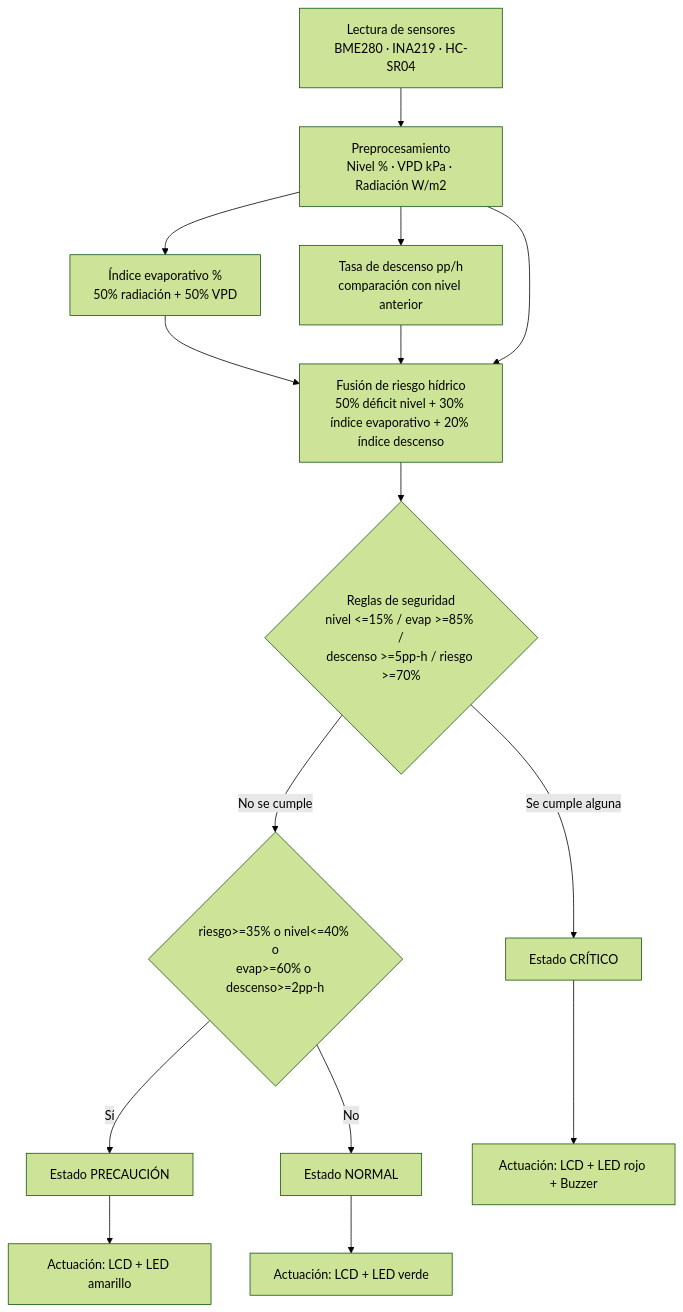
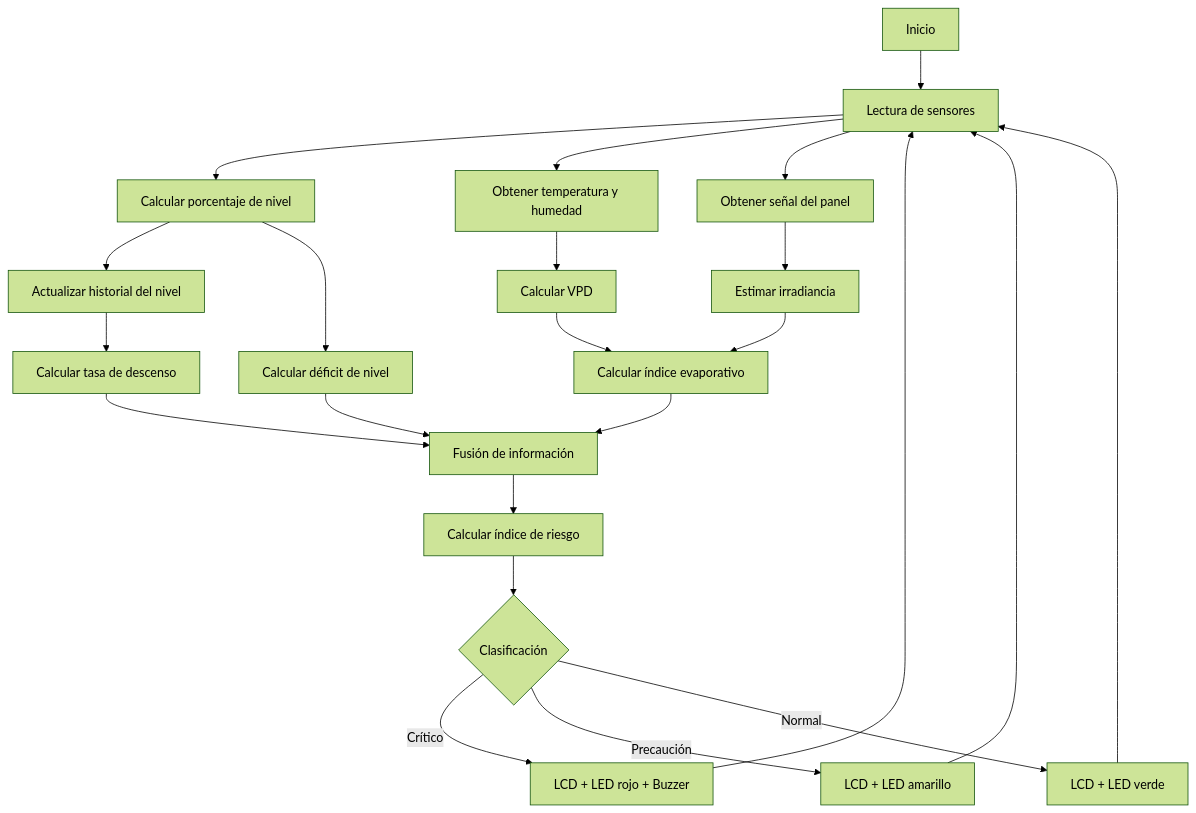
Before and after one commit to jorgis857/sistema-alerta-temprana-riesgo-hidrico: the second of 2 diagrams in wiki/02-Solucion-Propuesta.md, drawn with Mermaid (forest theme). The commit also changed other lines of this file and 10 other files, not shown here.

````diff
--- a/wiki/02-Solucion-Propuesta.md
+++ b/wiki/02-Solucion-Propuesta.md
@@ -67,17 +103,36 @@
 ```mermaid
 flowchart TD
-    A[Lectura de sensores\nBME280 · INA219 · HC-SR04] --> B[Preprocesamiento\nNivel % · VPD kPa · Radiación W/m2]
-    B --> C[Índice evaporativo %\n50% radiación + 50% VPD]
-    B --> D[Tasa de descenso pp/h\ncomparación con nivel anterior]
-    C --> E[Fusión de riesgo hídrico\n50% déficit nivel + 30% índice evaporativo + 20% índice descenso]
-    D --> E
-    B --> E
-    E --> F{Reglas de seguridad\nnivel <=15% / evap >=85% /\ndescenso >=5pp-h / riesgo >=70%}
-    F -->|Se cumple alguna| G[Estado CRÍTICO]
-    F -->|No se cumple| H{riesgo>=35% o nivel<=40% o\nevap>=60% o descenso>=2pp-h}
-    H -->|Sí| I[Estado PRECAUCIÓN]
-    H -->|No| J[Estado NORMAL]
-    G --> K[Actuación: LCD + LED rojo + Buzzer]
-    I --> L[Actuación: LCD + LED amarillo]
-    J --> M[Actuación: LCD + LED verde]
+
+    A[Inicio] --> B[Lectura de sensores]
+
+    B --> C[Calcular porcentaje de nivel]
+    B --> D[Obtener temperatura y humedad]
+    B --> E[Obtener señal del panel]
+
+    D --> F[Calcular VPD]
+    E --> G[Estimar irradiancia]
+
+    F --> H[Calcular índice evaporativo]
+    G --> H
+
+    C --> I[Actualizar historial del nivel]
+    I --> J[Calcular tasa de descenso]
+
+    C --> K[Calcular déficit de nivel]
+
+    K --> L[Fusión de información]
+    H --> L
+    J --> L
+
+    L --> M[Calcular índice de riesgo]
+
+    M --> N{Clasificación}
+
+    N -->|Crítico| O[LCD + LED rojo + Buzzer]
+    N -->|Precaución| P[LCD + LED amarillo]
+    N -->|Normal| Q[LCD + LED verde]
+
+    O --> B
+    P --> B
+    Q --> B
 ```
````
